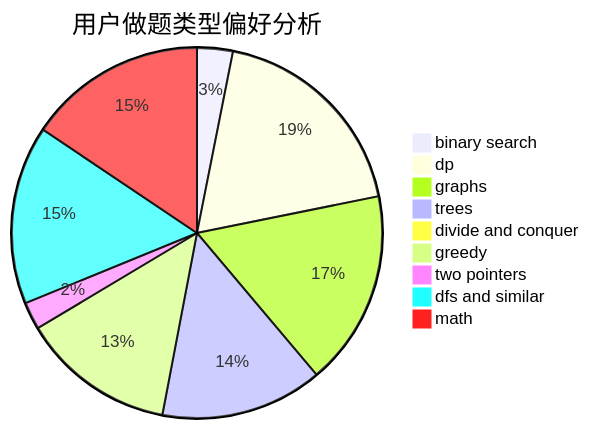
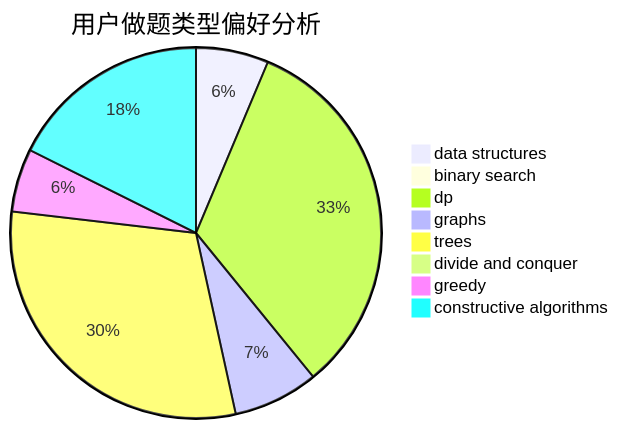
Before and after one commit to sherpahu/cfrs.github.io: the second of 3 diagrams in docs/user/u2741.md, drawn with Mermaid. The commit also changed other lines of this file and 2775 other files, not shown here.

````diff
--- a/docs/user/u2741.md
+++ b/docs/user/u2741.md
@@ -23,12 +23,11 @@
 ```mermaid
 pie title 用户做题类型偏好分析
-    "binary search" :  26
-    "dp" :  156
-    "graphs" :  142
-    "trees" :  118
-    "divide and conquer" :  6
-    "greedy" :  112
-    "two pointers" :  20
-    "dfs and similar" :  130
-    "math" :  130
+    "data structures" :  23
+    "binary search" :  0
+    "dp" :  119
+    "graphs" :  27
+    "trees" :  110
+    "divide and conquer" :  0
+    "greedy" :  20
+    "constructive algorithms" :  64
 ```
````
